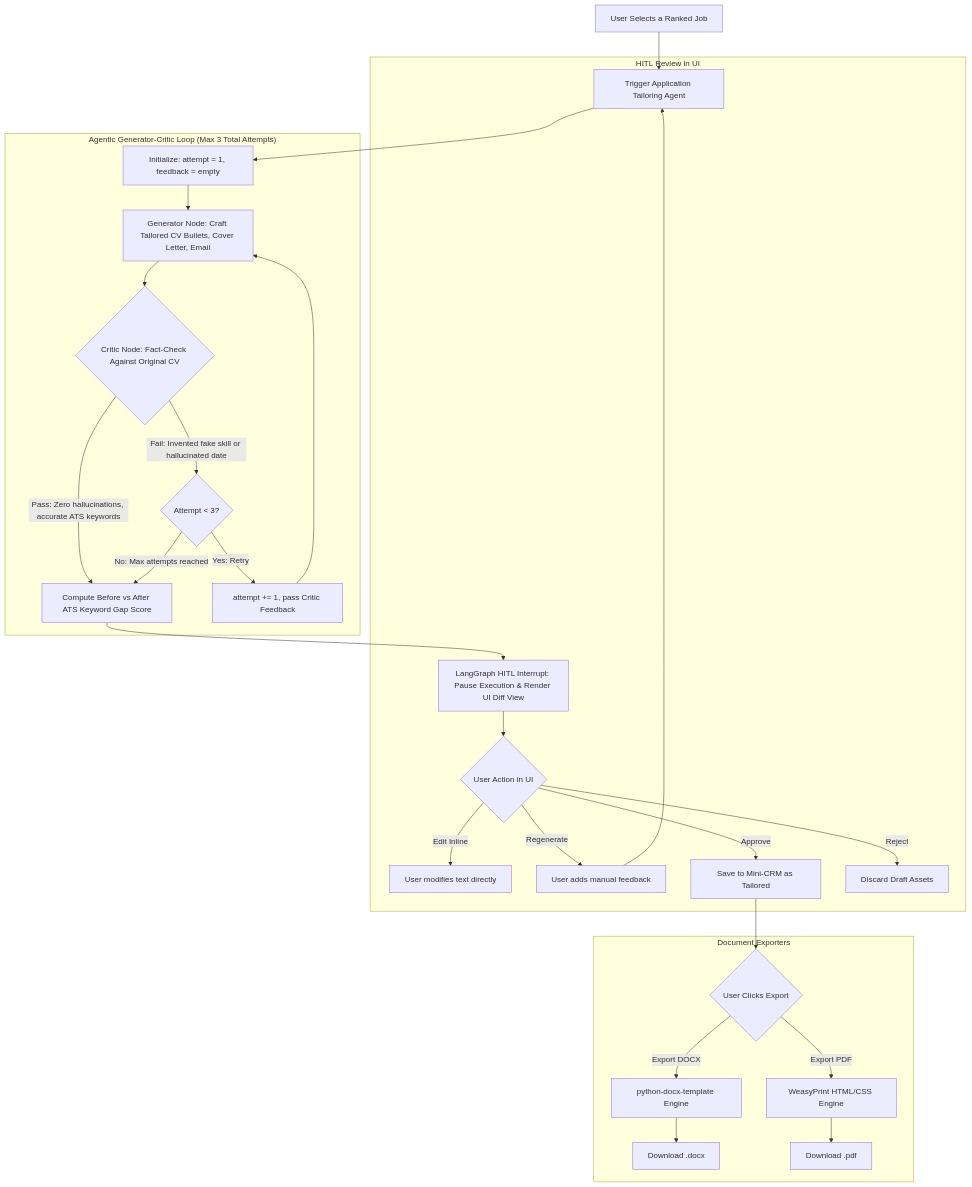
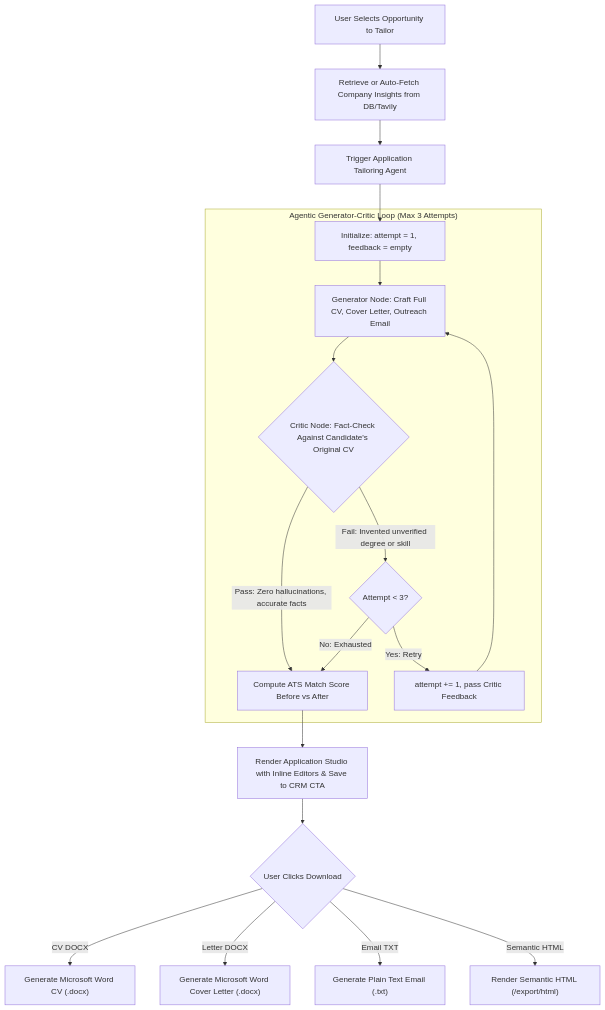
One commit to Mostafa710/career-copilot changed the sixth of 9 diagrams in docs/architecture_flowcharts.md. Above: the diagram before and after it, drawn with Mermaid. The commit also changed other lines of this file and 2 other files, not shown here.

Commit message:
docs: synchronize README, implementation plan, and architecture flowcharts with exact multi-agent implementations

````diff
--- a/docs/architecture_flowcharts.md
+++ b/docs/architecture_flowcharts.md
@@ -226,34 +147,26 @@
 ```mermaid
 flowchart TD
-    SelectJob["User Selects a Ranked Job"] --> TriggerAgent["Trigger Application Tailoring Agent"]
+    SelectJob["User Selects Opportunity to Tailor"] --> RetrieveInsights["Retrieve or Auto-Fetch Company Insights from DB/Tavily"]
+    RetrieveInsights --> TriggerAgent["Trigger Application Tailoring Agent"]
     
     TriggerAgent --> InitAttempt["Initialize: attempt = 1, feedback = empty"]
     
-    subgraph CriticLoop ["Agentic Generator-Critic Loop (Max 3 Total Attempts)"]
-        InitAttempt --> GenNode["Generator Node: Craft Tailored CV Bullets, Cover Letter, Email"]
-        GenNode --> CriticNode{"Critic Node: Fact-Check Against Original CV"}
+    subgraph CriticLoop ["Agentic Generator-Critic Loop (Max 3 Attempts)"]
+        InitAttempt --> GenNode["Generator Node: Craft Full CV, Cover Letter, Outreach Email"]
+        GenNode --> CriticNode{"Critic Node: Fact-Check Against Candidate's Original CV"}
         
-        CriticNode -->|Pass: Zero hallucinations, accurate ATS keywords| CalcGap["Compute Before vs After ATS Keyword Gap Score"]
-        CriticNode -->|Fail: Invented fake skill or hallucinated date| CheckAttempts{"Attempt < 3?"}
+        CriticNode -->|Pass: Zero hallucinations, accurate facts| CalcGap["Compute ATS Match Score Before vs After"]
+        CriticNode -->|Fail: Invented unverified degree or skill| CheckAttempts{"Attempt < 3?"}
         
         CheckAttempts -->|Yes: Retry| IncrementAttempt["attempt += 1, pass Critic Feedback"] --> GenNode
-        CheckAttempts -->|No: Max attempts reached| CalcGap
+        CheckAttempts -->|No: Exhausted| CalcGap
     end
     
-    CalcGap --> Interrupt["LangGraph HITL Interrupt: Pause Execution & Render UI Diff View"]
+    CalcGap --> RenderStudio["Render Application Studio with Inline Editors & Save to CRM CTA"]
     
-    subgraph HITLReview ["HITL Review in UI"]
-        Interrupt --> UserReview{"User Action in UI"}
-        UserReview -->|Edit Inline| UserEdit["User modifies text directly"]
-        UserReview -->|Regenerate| AdjustPrompt["User adds manual feedback"] --> TriggerAgent
-        UserReview -->|Approve| Confirm["Save to Mini-CRM as Tailored"]
-        UserReview -->|Reject| Discard["Discard Draft Assets"]
-    end
-    
-    Confirm --> ExportOpt{"User Clicks Export"}
-    
-    subgraph Exporters ["Document Exporters"]
-        ExportOpt -->|Export DOCX| DocxTpl["python-docx-template Engine"] --> OutDocx["Download .docx"]
-        ExportOpt -->|Export PDF| WeasyPrint["WeasyPrint HTML/CSS Engine"] --> OutPDF["Download .pdf"]
-    end
+    RenderStudio --> ExportActions{"User Clicks Download"}
+    ExportActions -->|CV DOCX| DocxCV["Generate Microsoft Word CV (.docx)"]
+    ExportActions -->|Letter DOCX| DocxLetter["Generate Microsoft Word Cover Letter (.docx)"]
+    ExportActions -->|Email TXT| TxtEmail["Generate Plain Text Email (.txt)"]
+    ExportActions -->|Semantic HTML| HtmlExport["Render Semantic HTML (/export/html)"]
 ```
````
